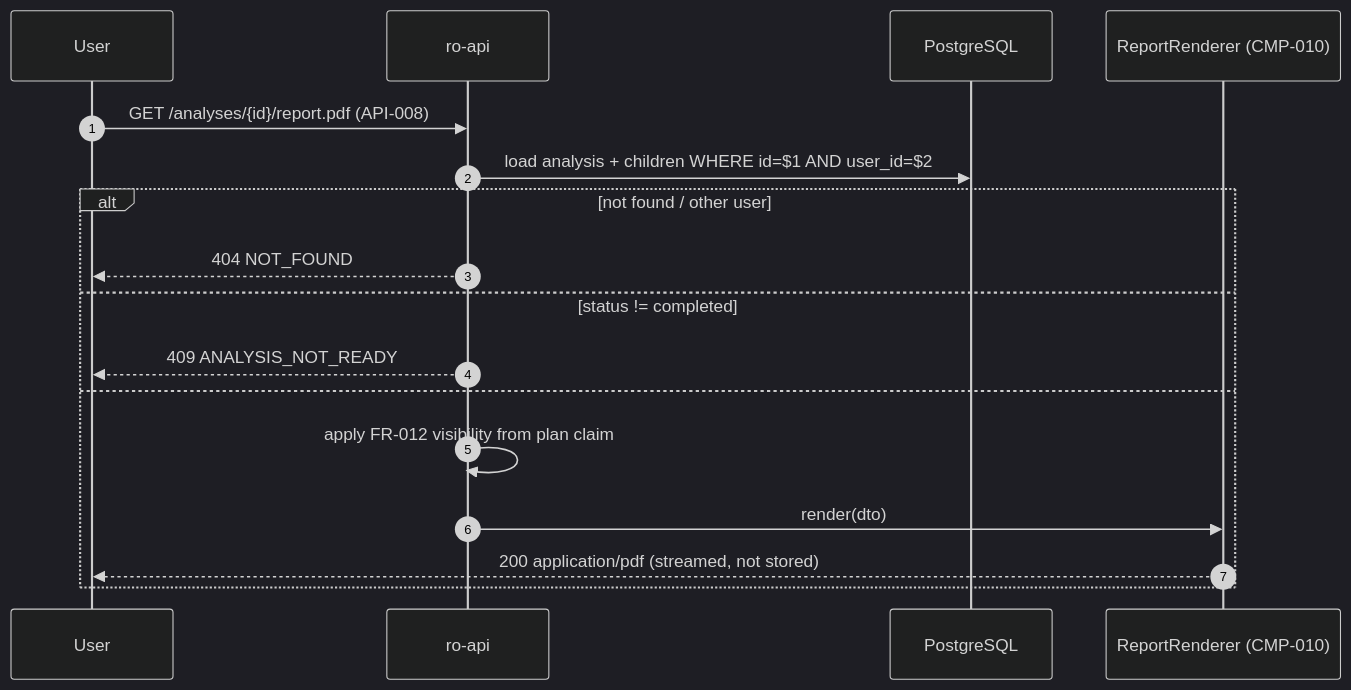
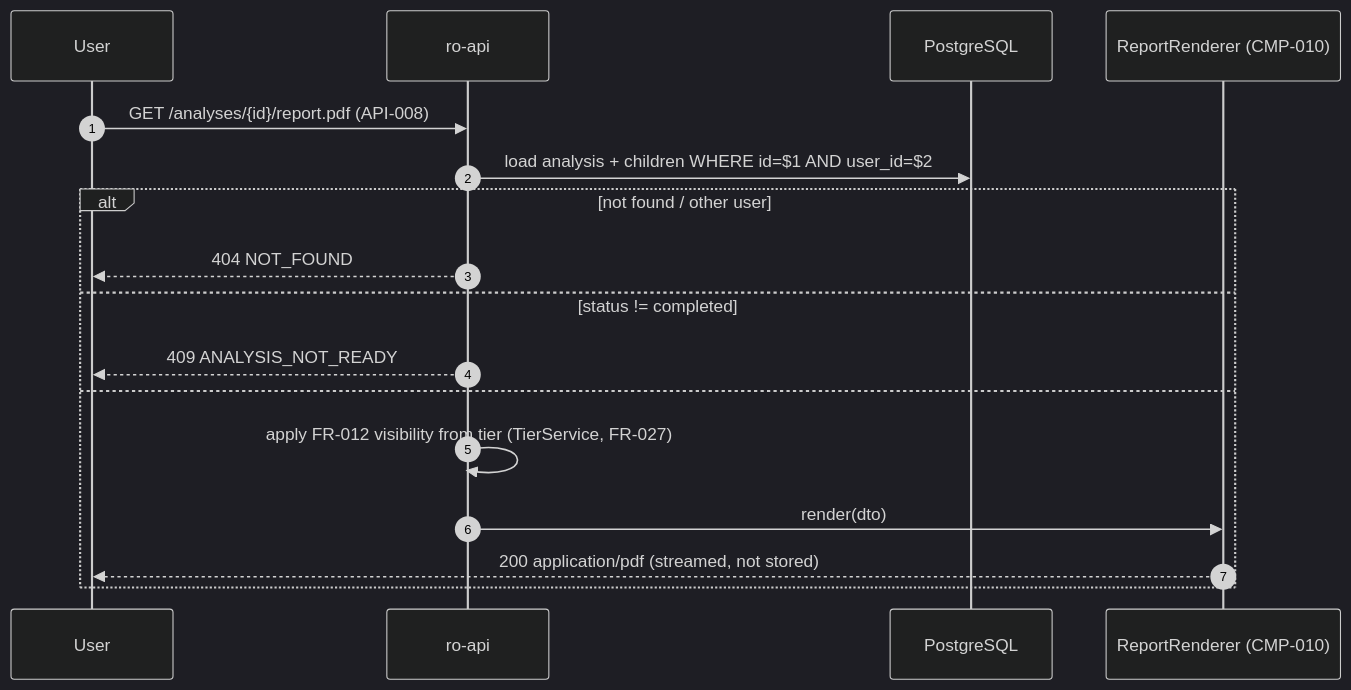
One commit to divii-school/spec-homework changed the seventh of 13 diagrams in kakali/spec.md. Above: the diagram before and after it, drawn with Mermaid (dark theme). The commit also changed other lines of this file, not shown here.

First line of the commit message:
round 2: architecture for Resume Pro (billing, webhook, reconciliation, comparison components; Razorpay flows and integration)

````diff
--- a/kakali/spec.md
+++ b/kakali/spec.md
@@ -789,19 +805,19 @@
 ```mermaid
 sequenceDiagram
   autonumber
   participant U as User
   participant A as ro-api
   participant DB as PostgreSQL
   participant PDF as ReportRenderer (CMP-010)
   U->>A: GET /analyses/{id}/report.pdf (API-008)
   A->>DB: load analysis + children WHERE id=$1 AND user_id=$2
   alt not found / other user
     A-->>U: 404 NOT_FOUND
   else status != completed
     A-->>U: 409 ANALYSIS_NOT_READY
   else
-    A->>A: apply FR-012 visibility from plan claim
+    A->>A: apply FR-012 visibility from tier (TierService, FR-027)
     A->>PDF: render(dto)
     PDF-->>U: 200 application/pdf (streamed, not stored)
   end
 ```
````
